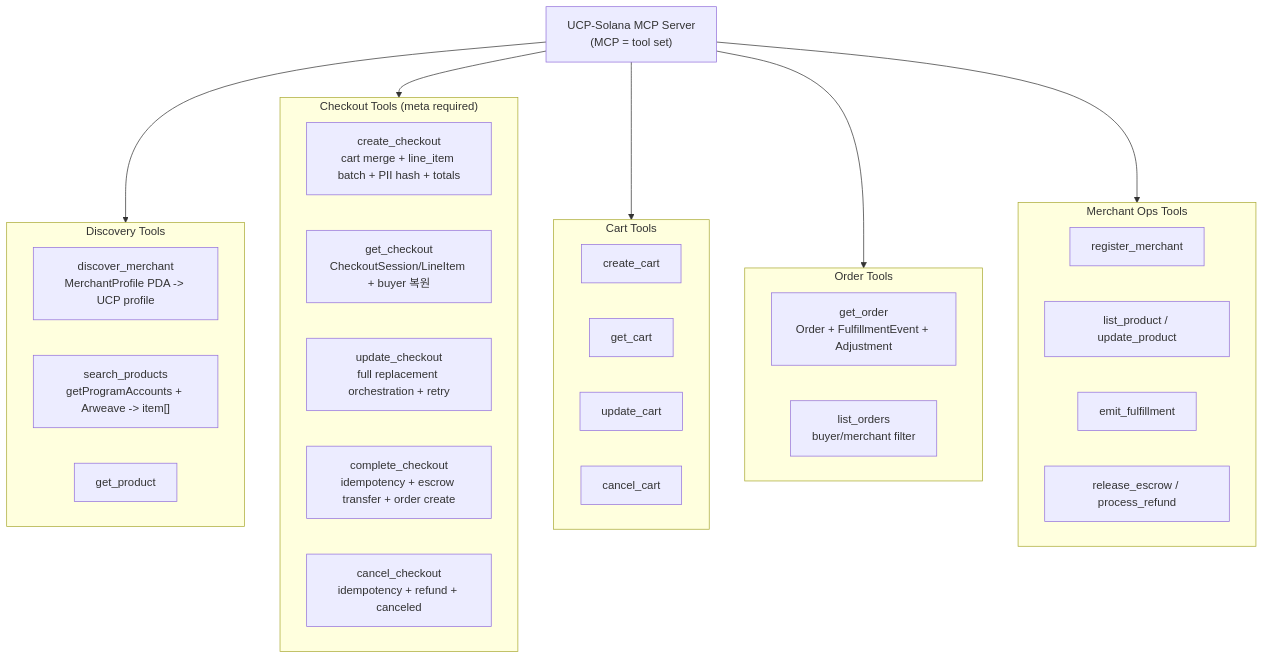
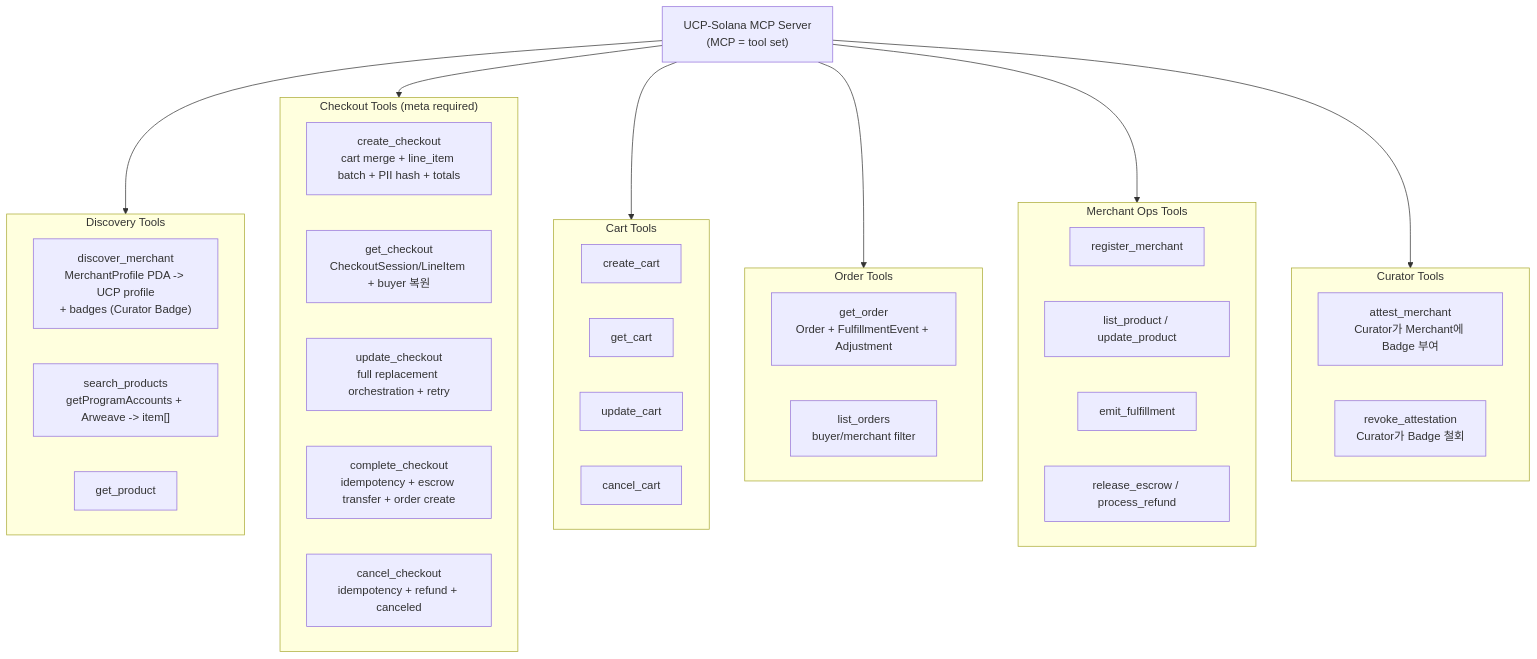
One commit to hayden-02055/interlude changed the diagram in docs/04-mcp-server.md. Above: the diagram before and after it, drawn with Mermaid. The commit also changed other lines of this file and 9 other files, not shown here.

````diff
--- a/docs/04-mcp-server.md
+++ b/docs/04-mcp-server.md
@@ -80,43 +81,49 @@
 ```mermaid
 flowchart TB
   MCP["UCP-Solana MCP Server<br/>(MCP = tool set)"]
 
   subgraph DISC["Discovery Tools"]
-    D1["discover_merchant<br/>MerchantProfile PDA -> UCP profile"]
+    D1["discover_merchant<br/>MerchantProfile PDA -> UCP profile<br/>+ badges (Curator Badge)"]
     D2["search_products<br/>getProgramAccounts + Arweave -> item[]"]
     D3["get_product"]
   end
 
   subgraph CHECK["Checkout Tools (meta required)"]
     C1["create_checkout<br/>cart merge + line_item batch + PII hash + totals"]
     C2["get_checkout<br/>CheckoutSession/LineItem + buyer 복원"]
     C3["update_checkout<br/>full replacement orchestration + retry"]
     C4["complete_checkout<br/>idempotency + escrow transfer + order create"]
     C5["cancel_checkout<br/>idempotency + refund + canceled"]
   end
 
   subgraph CART["Cart Tools"]
     T1["create_cart"]
     T2["get_cart"]
     T3["update_cart"]
     T4["cancel_cart"]
   end
 
   subgraph ORDER["Order Tools"]
     O1["get_order<br/>Order + FulfillmentEvent + Adjustment"]
     O2["list_orders<br/>buyer/merchant filter"]
   end
 
   subgraph MERCH["Merchant Ops Tools"]
     M1["register_merchant"]
     M2["list_product / update_product"]
     M3["emit_fulfillment"]
     M4["release_escrow / process_refund"]
   end
 
+  subgraph ATT["Curator Tools"]
+    A1["attest_merchant<br/>Curator가 Merchant에 Badge 부여"]
+    A2["revoke_attestation<br/>Curator가 Badge 철회"]
+  end
+
   MCP --> DISC
   MCP --> CHECK
   MCP --> CART
   MCP --> ORDER
   MCP --> MERCH
+  MCP --> ATT
 ```
````
